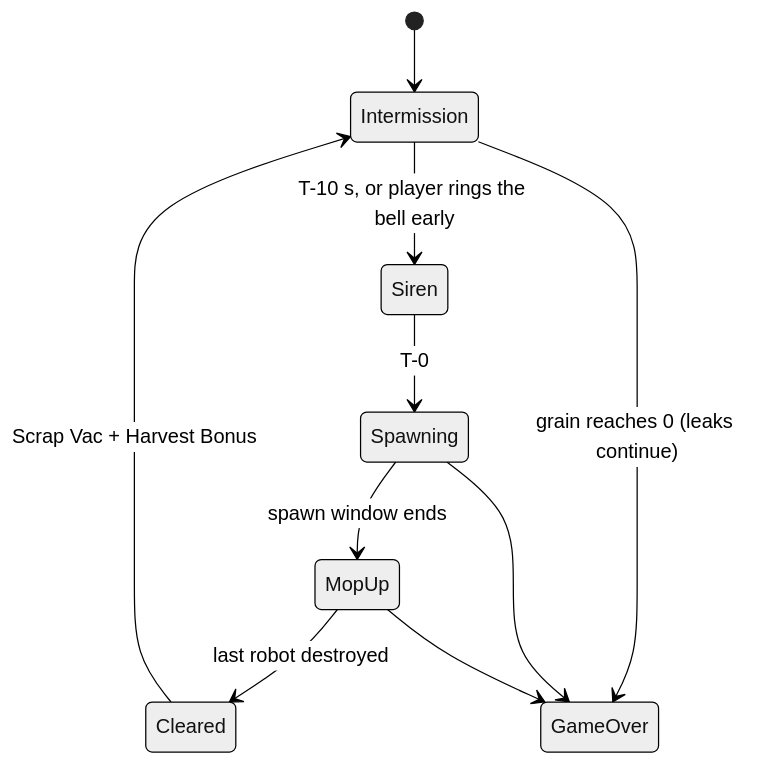
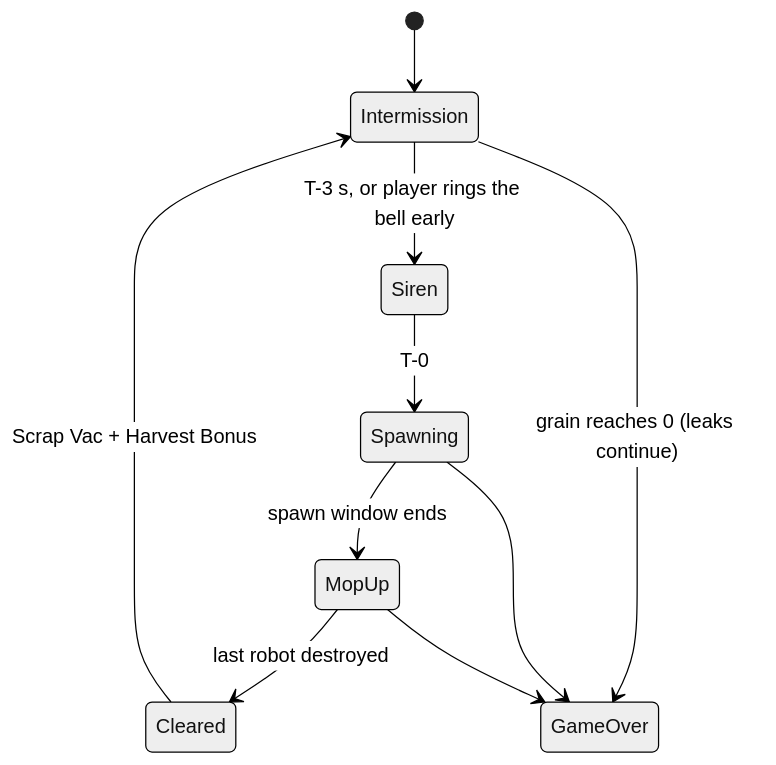
The fourth of 7 diagrams in Robot_Attack_GDD.md (riotfire/robotattackdemo), drawn with Mermaid (neutral theme) before and after one commit. The commit also changed other lines of this file and 58 other files, not shown here.

````diff
--- a/Robot_Attack_GDD.md
+++ b/Robot_Attack_GDD.md
@@ -662,12 +662,12 @@
 ```mermaid
 stateDiagram-v2
     [*] --> Intermission
-    Intermission --> Siren: T-10 s, or player rings the bell early
+    Intermission --> Siren: T-3 s, or player rings the bell early
     Siren --> Spawning: T-0
     Spawning --> MopUp: spawn window ends
     MopUp --> Cleared: last robot destroyed
     Cleared --> Intermission: Scrap Vac + Harvest Bonus
     Intermission --> GameOver: grain reaches 0 (leaks continue)
     Spawning --> GameOver
     MopUp --> GameOver
 ```
````
